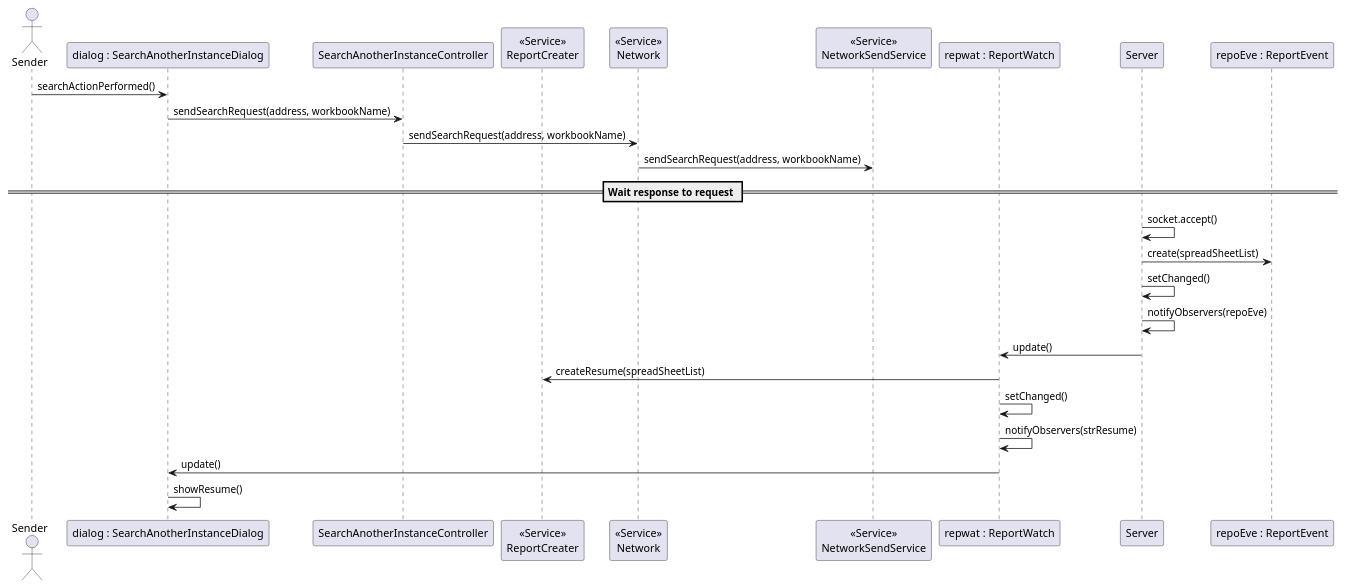
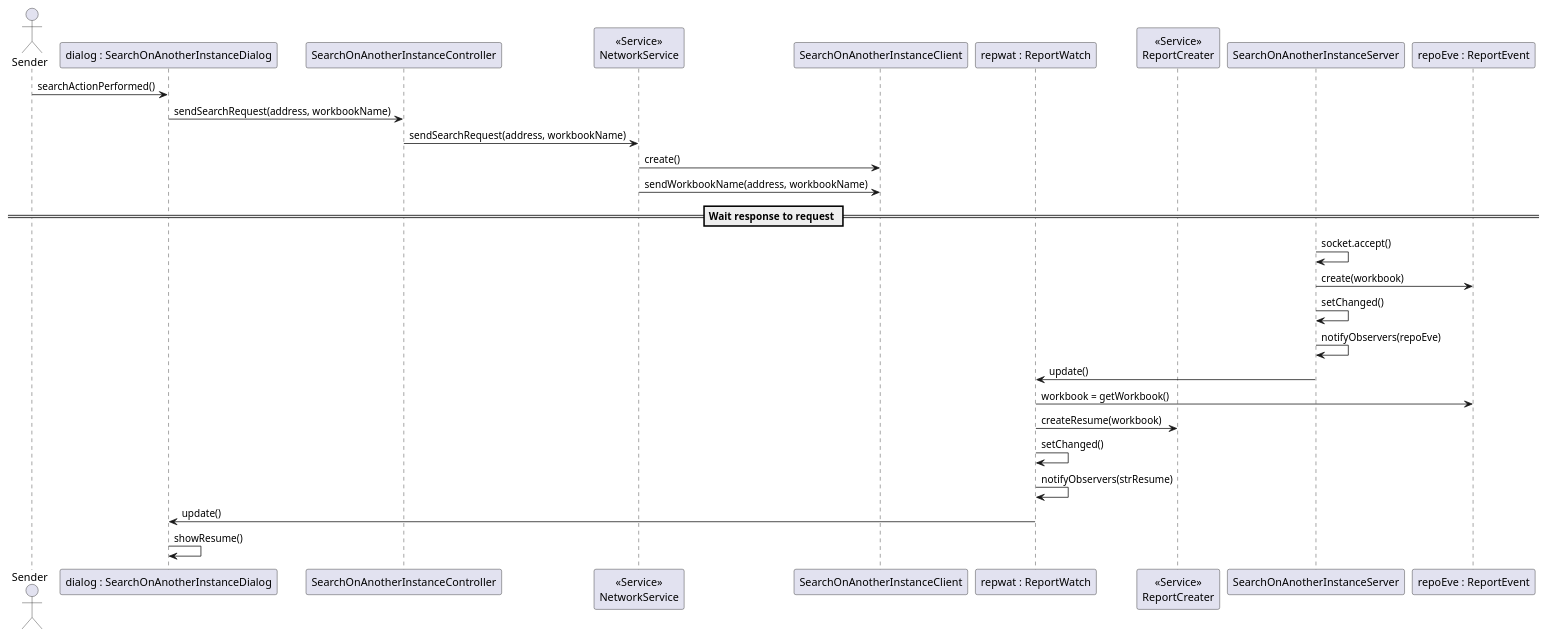
The diagram in src/csheets/userstories/ipc03_01/search_on_another_instance/i130419/sequence_diagram.puml (1130348/Confusao), drawn with PlantUML before and after one commit. The commit also changed 6 other files, not shown here.

```diff
--- a/src/csheets/userstories/ipc03_01/search_on_another_instance/i130419/sequence_diagram.puml
+++ b/src/csheets/userstories/ipc03_01/search_on_another_instance/i130419/sequence_diagram.puml
@@ -1,26 +1,28 @@
 @startuml doc-files/sequence_diagram.png
 actor Sender as user
-participant "dialog : SearchAnotherInstanceDialog" as said
-participant "SearchAnotherInstanceController" as saic
+participant "dialog : SearchOnAnotherInstanceDialog" as said
+participant "SearchOnAnotherInstanceController" as saic
+participant "<<Service>>\nNetworkService" as net
+participant "SearchOnAnotherInstanceClient" as soaic
+participant "repwat : ReportWatch" as repWat
 participant "<<Service>>\nReportCreater" as repCrea
-participant "<<Service>>\nNetwork" as net
-participant "<<Service>>\nNetworkSendService" as netSen
-participant "repwat : ReportWatch" as repWat
-participant "Server" as serv
+participant "SearchOnAnotherInstanceServer" as serv
 participant "repoEve : ReportEvent" as repoEve
 user -> said : searchActionPerformed()
 said -> saic : sendSearchRequest(address, workbookName)
 saic -> net : sendSearchRequest(address, workbookName)
-net -> netSen : sendSearchRequest(address, workbookName)
+net -> soaic : create()
+net -> soaic : sendWorkbookName(address, workbookName)
 == Wait response to request ==
 serv -> serv : socket.accept()
-serv -> repoEve : create(spreadSheetList)
+serv -> repoEve : create(workbook)
 serv -> serv : setChanged()
 serv -> serv : notifyObservers(repoEve)
 serv -> repWat : update()
-repWat -> repCrea : createResume(spreadSheetList)
+repWat -> repoEve : workbook = getWorkbook()
+repWat -> repCrea : createResume(workbook)
 repWat -> repWat : setChanged()
 repWat -> repWat : notifyObservers(strResume)
 repWat -> said : update()
 said -> said : showResume()
 @enduml
```
